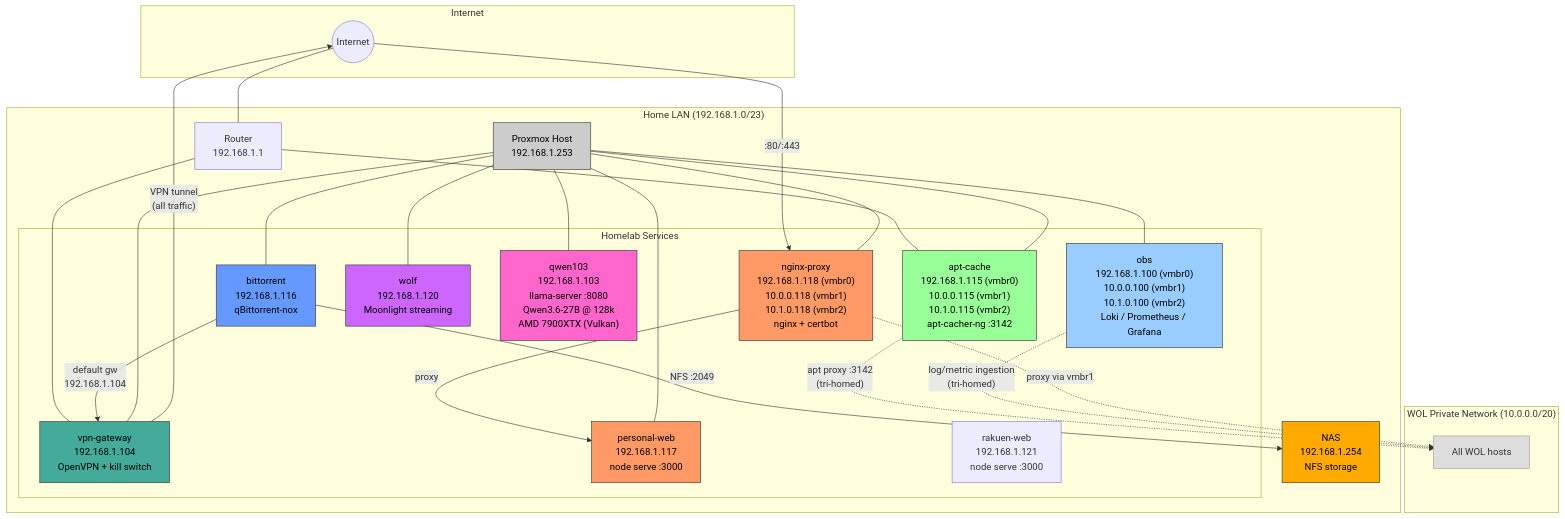
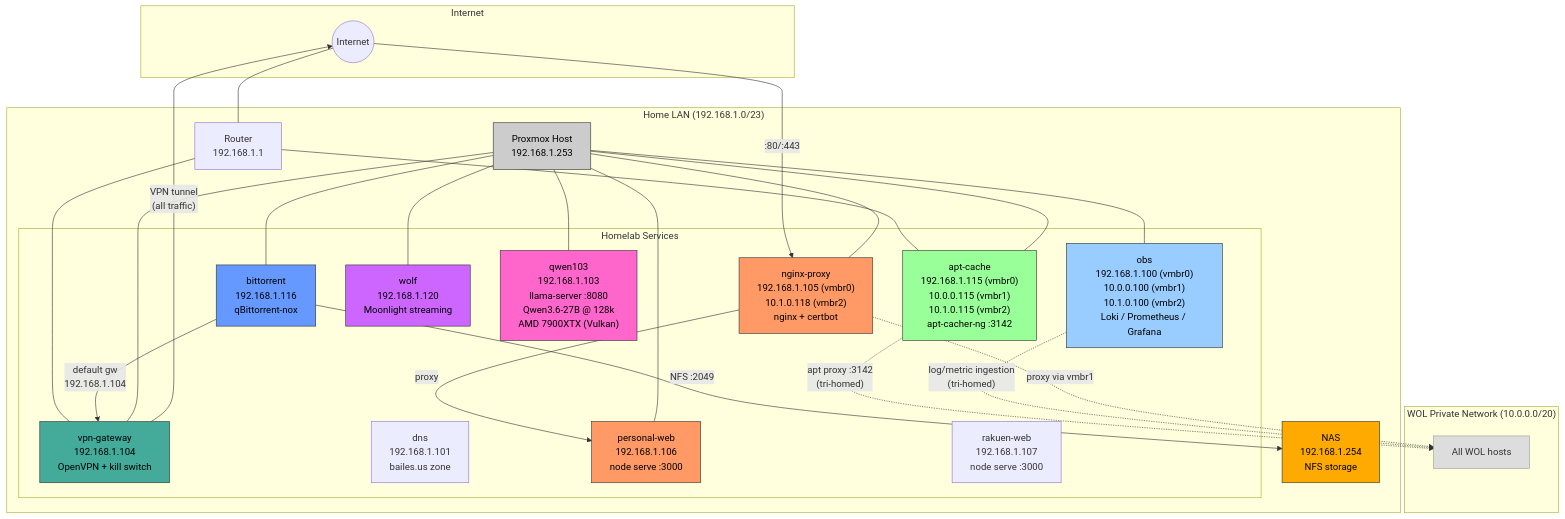
One commit to JBailes/infrastructure changed the first of 2 diagrams in homelab/diagrams.md. Above: the diagram before and after it, drawn with Mermaid. The commit also changed other lines of this file and 5 other files, not shown here.

````diff
--- a/homelab/diagrams.md
+++ b/homelab/diagrams.md
@@ -9,61 +9,62 @@
 ```mermaid
 graph TB
     subgraph Internet
         INET((Internet))
     end
 
     subgraph LAN["Home LAN (192.168.1.0/23)"]
         ROUTER["Router<br/>192.168.1.1"]
 
         subgraph HOMELAB["Homelab Services"]
             APTCACHE["apt-cache<br/>192.168.1.115 (vmbr0)<br/>10.0.0.115 (vmbr1)<br/>10.1.0.115 (vmbr2)<br/>apt-cacher-ng :3142"]
             OBS["obs<br/>192.168.1.100 (vmbr0)<br/>10.0.0.100 (vmbr1)<br/>10.1.0.100 (vmbr2)<br/>Loki / Prometheus / Grafana"]
             VPN["vpn-gateway<br/>192.168.1.104<br/>OpenVPN + kill switch"]
             BT["bittorrent<br/>192.168.1.116<br/>qBittorrent-nox"]
-            NGINX["nginx-proxy<br/>192.168.1.118 (vmbr0)<br/>10.0.0.118 (vmbr1)<br/>10.1.0.118 (vmbr2)<br/>nginx + certbot"]
-            PWEB["personal-web<br/>192.168.1.117<br/>node serve :3000"]
-            RWEB["rakuen-web<br/>192.168.1.121<br/>node serve :3000"]
+            DNS["dns<br/>192.168.1.101<br/>bailes.us zone"]
+            NGINX["nginx-proxy<br/>192.168.1.105 (vmbr0)<br/>10.1.0.118 (vmbr2)<br/>nginx + certbot"]
+            PWEB["personal-web<br/>192.168.1.106<br/>node serve :3000"]
+            RWEB["rakuen-web<br/>192.168.1.107<br/>node serve :3000"]
             WOLF["wolf<br/>192.168.1.120<br/>Moonlight streaming"]
             LLM["qwen103<br/>192.168.1.103<br/>llama-server :8080<br/>Qwen3.6-27B @ 128k<br/>AMD 7900XTX (Vulkan)"]
         end
 
         NAS["NAS<br/>192.168.1.254<br/>NFS storage"]
         PVE["Proxmox Host<br/>192.168.1.253"]
     end
 
     subgraph WOL["WOL Private Network (10.0.0.0/20)"]
         WOLHOSTS["All WOL hosts"]
     end
 
     INET --- ROUTER
     ROUTER --- VPN
     ROUTER --- APTCACHE
     VPN -->|"VPN tunnel<br/>(all traffic)"| INET
     BT -->|"default gw<br/>192.168.1.104"| VPN
     BT -->|"NFS :2049"| NAS
     APTCACHE -.->|"apt proxy :3142<br/>(tri-homed)"| WOLHOSTS
     OBS -.->|"log/metric ingestion<br/>(tri-homed)"| WOLHOSTS
     INET -->|":80/:443"| NGINX
     NGINX -->|"proxy"| PWEB
     NGINX -.->|"proxy via vmbr1"| WOLHOSTS
     PVE --- VPN
     PVE --- BT
     PVE --- APTCACHE
     PVE --- OBS
     PVE --- NGINX
     PVE --- PWEB
     PVE --- WOLF
     PVE --- LLM
 
     style APTCACHE fill:#9f9,stroke:#333,color:#000
     style OBS fill:#9cf,stroke:#333,color:#000
     style VPN fill:#4a9,stroke:#333,color:#000
     style BT fill:#69f,stroke:#333,color:#000
     style NGINX fill:#f96,stroke:#333,color:#000
     style PWEB fill:#f96,stroke:#333,color:#000
     style NAS fill:#fa0,stroke:#333,color:#000
     style PVE fill:#ccc,stroke:#333,color:#000
     style WOLHOSTS fill:#ddd,stroke:#999,color:#333
     style WOLF fill:#c6f,stroke:#333,color:#000
     style LLM fill:#f6c,stroke:#333,color:#000
 ```
````
